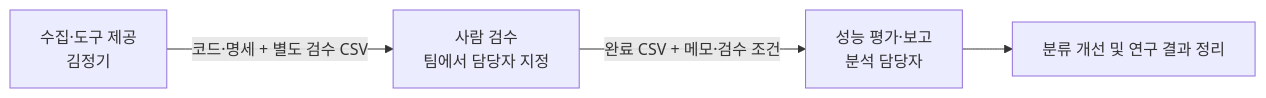
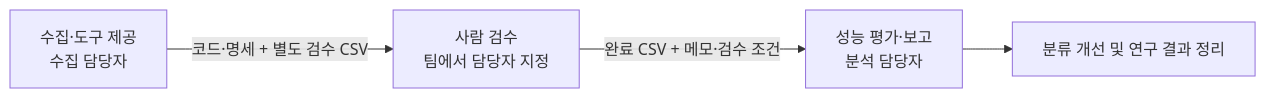
The second of 3 diagrams in 김정기/data_collection/README.md (devCollegit/social_media_2026), drawn with Mermaid before and after one commit. The commit also changed other lines of this file and 3 other files, not shown here.

````diff
--- a/김정기/data_collection/README.md
+++ b/김정기/data_collection/README.md
@@ -58,6 +58,6 @@
 ```mermaid
 flowchart LR
-    A["수집·도구 제공<br/>김정기"] -->|"코드·명세 + 별도 검수 CSV"| B["사람 검수<br/>팀에서 담당자 지정"]
+    A["수집·도구 제공<br/>수집 담당자"] -->|"코드·명세 + 별도 검수 CSV"| B["사람 검수<br/>팀에서 담당자 지정"]
     B -->|"완료 CSV + 메모·검수 조건"| C["성능 평가·보고<br/>분석 담당자"]
     C --> D["분류 개선 및 연구 결과 정리"]
 ```
````
